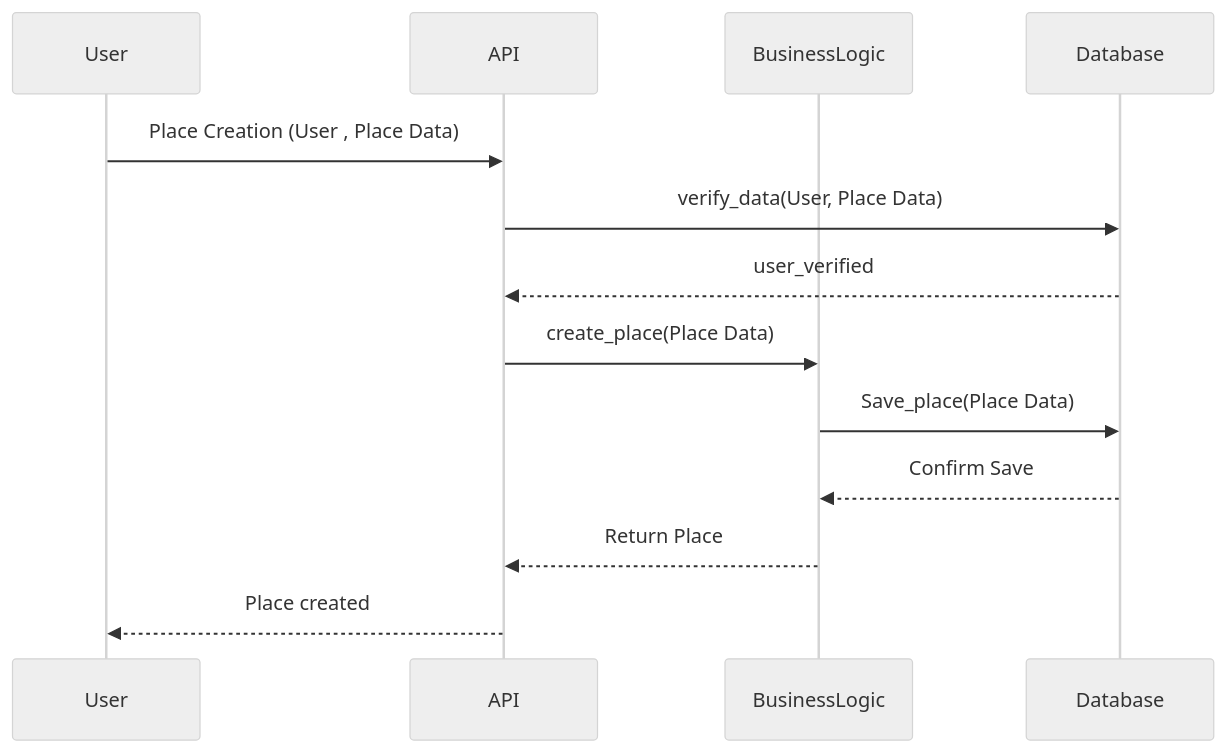
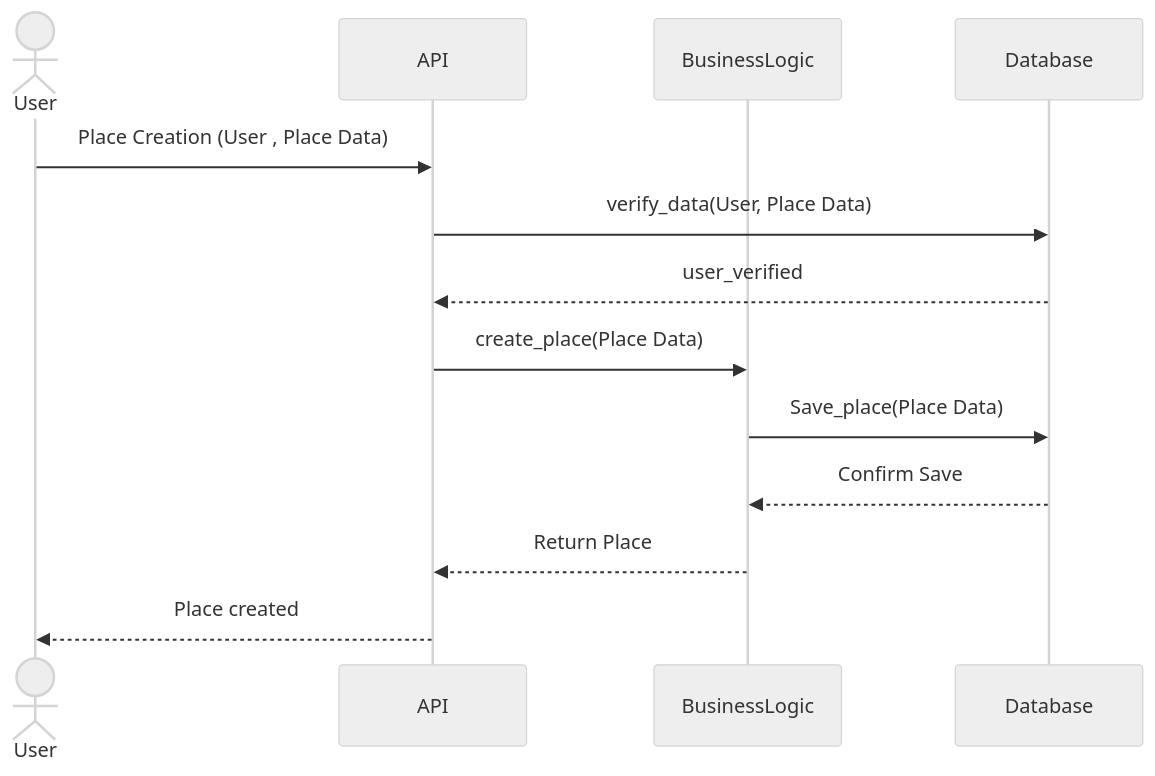
The third of 3 diagrams in part1/README.md (zacmal15/holbertonschool-hbnb), drawn with Mermaid (neutral theme) before and after one commit.

Commit message:
stick man

````diff
--- a/part1/README.md
+++ b/part1/README.md
@@ -150,16 +150,16 @@
 ```mermaid
 sequenceDiagram
-participant User
+actor User
 participant API
 participant BusinessLogic
 participant Database
 
 User->>API: Place Creation (User , Place Data)
 API->>Database: verify_data(User, Place Data)
 Database-->>API: user_verified
 API->>BusinessLogic: create_place(Place Data)
 BusinessLogic->>Database: Save_place(Place Data)
 Database-->>BusinessLogic: Confirm Save
 BusinessLogic-->>API: Return Place
 API-->>User: Place created
 ```
````
